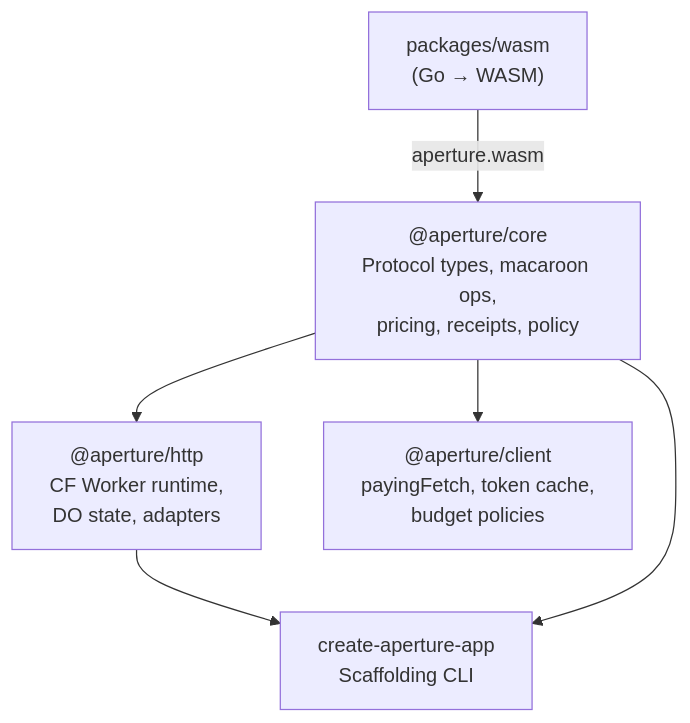
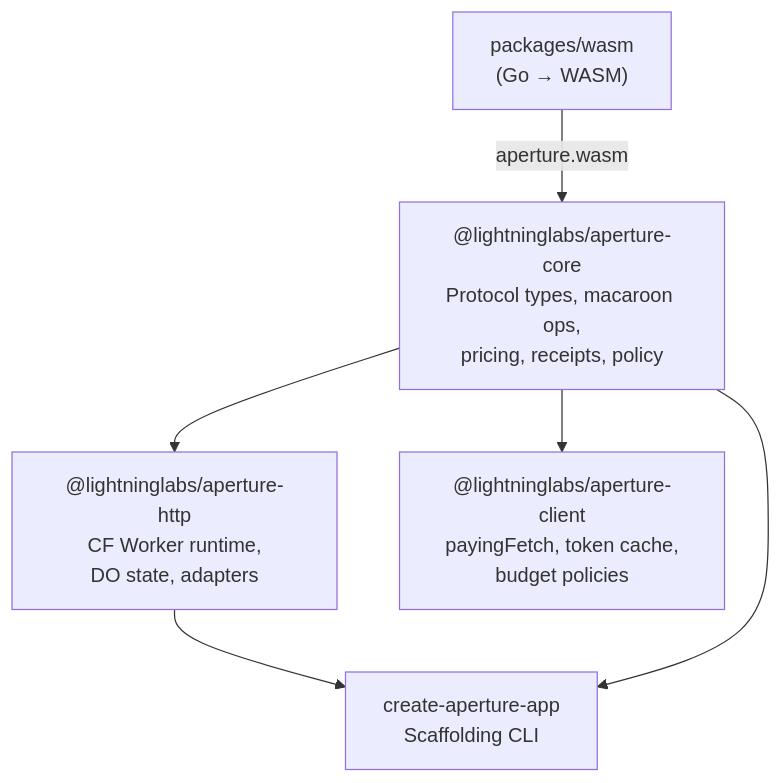
The third of 3 diagrams in README.md (lightninglabs/aperture-ts), drawn with Mermaid before and after one commit. The commit also changed other lines of this file and 58 other files, not shown here.

````diff
--- a/README.md
+++ b/README.md
@@ -70,14 +70,14 @@
 ```mermaid
 graph TD
     WASM["packages/wasm<br/>(Go → WASM)"]
-    CORE["@aperture/core<br/>Protocol types, macaroon ops,<br/>pricing, receipts, policy"]
-    HTTP["@aperture/http<br/>CF Worker runtime,<br/>DO state, adapters"]
-    CLIENT["@aperture/client<br/>payingFetch, token cache,<br/>budget policies"]
+    CORE["@lightninglabs/aperture-core<br/>Protocol types, macaroon ops,<br/>pricing, receipts, policy"]
+    HTTP["@lightninglabs/aperture-http<br/>CF Worker runtime,<br/>DO state, adapters"]
+    CLIENT["@lightninglabs/aperture-client<br/>payingFetch, token cache,<br/>budget policies"]
     CAA["create-aperture-app<br/>Scaffolding CLI"]
 
     WASM -->|"aperture.wasm"| CORE
     CORE --> HTTP
     CORE --> CLIENT
     HTTP --> CAA
     CORE --> CAA
 ```
````
